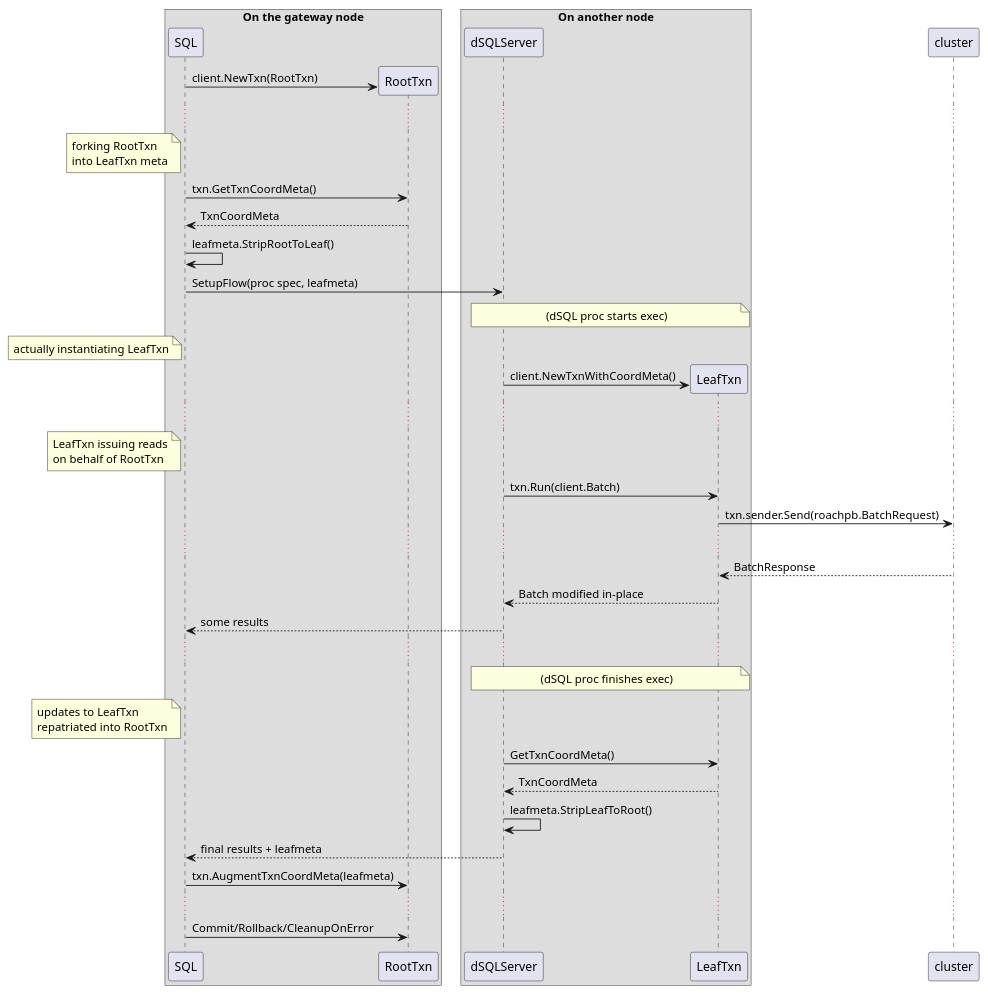
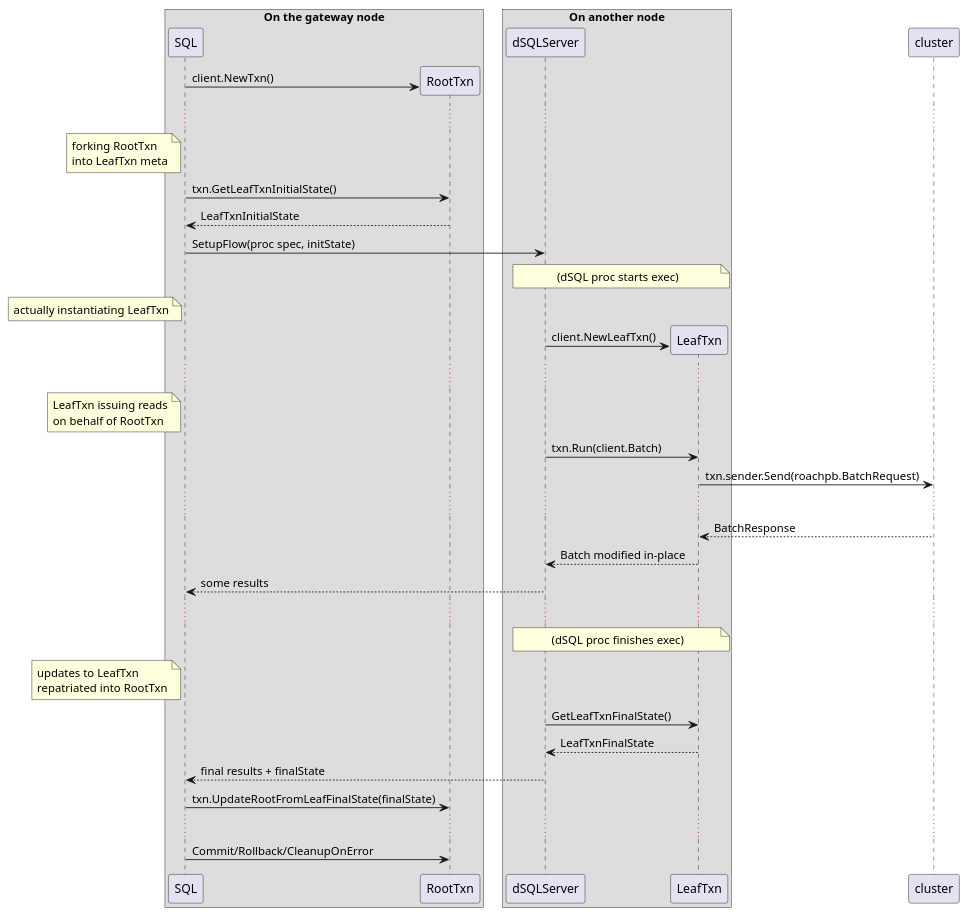
One commit to cockroachdb/cockroach changed the diagram in docs/tech-notes/txn_coord_sender/leafbase.puml. Above: the diagram before and after it, drawn with PlantUML. The commit also changed 76 other files, not shown here.

```diff
--- a/docs/tech-notes/txn_coord_sender/leafbase.puml
+++ b/docs/tech-notes/txn_coord_sender/leafbase.puml
@@ -1,53 +1,51 @@
 @startuml
 skinparam BoxPadding 10
 
 box "On the gateway node"
   participant SQL
   participant RootTxn
 end box
 box "On another node"
   participant dSQLServer
   participant LeafTxn
 end box
 participant cluster
 
 create RootTxn
-SQL -> RootTxn : client.NewTxn(RootTxn)
+SQL -> RootTxn : client.NewTxn()
 ...
 note left of SQL
    forking RootTxn
    into LeafTxn meta
 end note
-SQL -> RootTxn : txn.GetTxnCoordMeta()
-RootTxn --> SQL : TxnCoordMeta
-SQL -> SQL : leafmeta.StripRootToLeaf()
-SQL -> dSQLServer : SetupFlow(proc spec, leafmeta)
+SQL -> RootTxn : txn.GetLeafTxnInitialState()
+RootTxn --> SQL : LeafTxnInitialState
+SQL -> dSQLServer : SetupFlow(proc spec, initState)
 note over dSQLServer,LeafTxn: (dSQL proc starts exec)
 note left of SQL: actually instantiating LeafTxn
 create LeafTxn
-dSQLServer -> LeafTxn : client.NewTxnWithCoordMeta()
+dSQLServer -> LeafTxn : client.NewLeafTxn()
 ...
 note left of SQL
    LeafTxn issuing reads
    on behalf of RootTxn
 end note
 dSQLServer -> LeafTxn : txn.Run(client.Batch)
 LeafTxn -> cluster : txn.sender.Send(roachpb.BatchRequest)
 ...
 cluster --> LeafTxn : BatchResponse
 LeafTxn --> dSQLServer : Batch modified in-place
 dSQLServer --> SQL : some results
 ...
 note over dSQLServer,LeafTxn: (dSQL proc finishes exec)
 note left of SQL
    updates to LeafTxn
    repatriated into RootTxn
 end note
-dSQLServer -> LeafTxn : GetTxnCoordMeta()
-LeafTxn --> dSQLServer : TxnCoordMeta
-dSQLServer -> dSQLServer : leafmeta.StripLeafToRoot()
-dSQLServer --> SQL : final results + leafmeta
-SQL -> RootTxn : txn.AugmentTxnCoordMeta(leafmeta)
+dSQLServer -> LeafTxn : GetLeafTxnFinalState()
+LeafTxn --> dSQLServer : LeafTxnFinalState
+dSQLServer --> SQL : final results + finalState
+SQL -> RootTxn : txn.UpdateRootFromLeafFinalState(finalState)
 ...
 SQL -> RootTxn : Commit/Rollback/CleanupOnError
 @enduml
```
